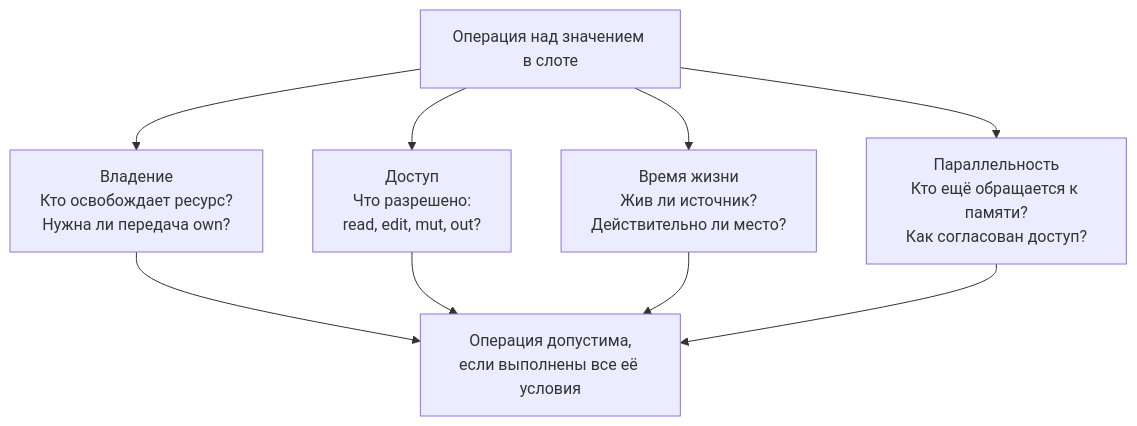
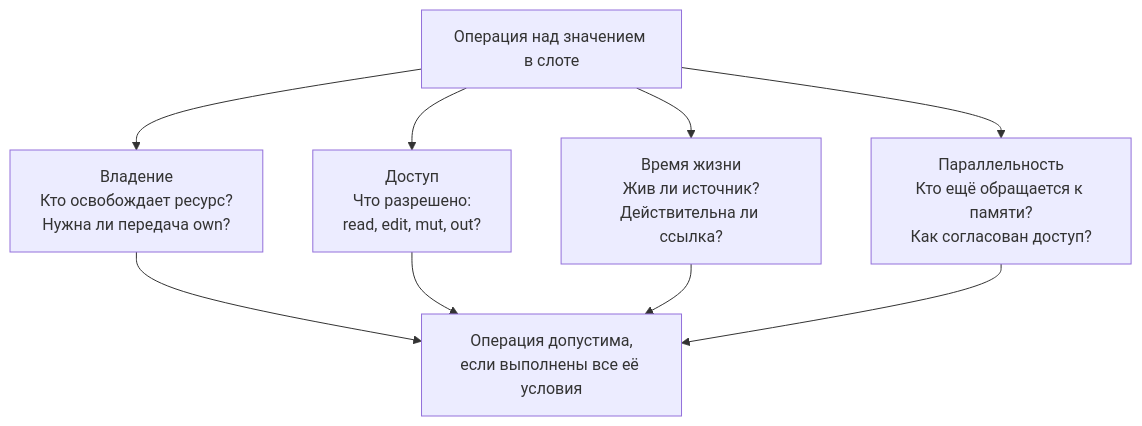
The diagram in docs/efen/types/ownership.md (efen-lang/efen), drawn with Mermaid before and after one commit. The commit also changed other lines of this file and 1 other file, not shown here.

Commit message:
docs: say slot or reference where the text used «место» as a term (ownership, access regions)

````diff
--- a/docs/efen/types/ownership.md
+++ b/docs/efen/types/ownership.md
@@ -34,12 +34,12 @@
 ```mermaid
 flowchart TB
     value["Операция над значением в слоте"]
     value --> owner["Владение<br/>Кто освобождает ресурс?<br/>Нужна ли передача own?"]
     value --> access["Доступ<br/>Что разрешено:<br/>read, edit, mut, out?"]
-    value --> lifetime["Время жизни<br/>Жив ли источник?<br/>Действительно ли место?"]
+    value --> lifetime["Время жизни<br/>Жив ли источник?<br/>Действительна ли ссылка?"]
     value --> concurrency["Параллельность<br/>Кто ещё обращается к памяти?<br/>Как согласован доступ?"]
     owner --> allowed["Операция допустима,<br/>если выполнены все её условия"]
     access --> allowed
     lifetime --> allowed
     concurrency --> allowed
 ```
````
